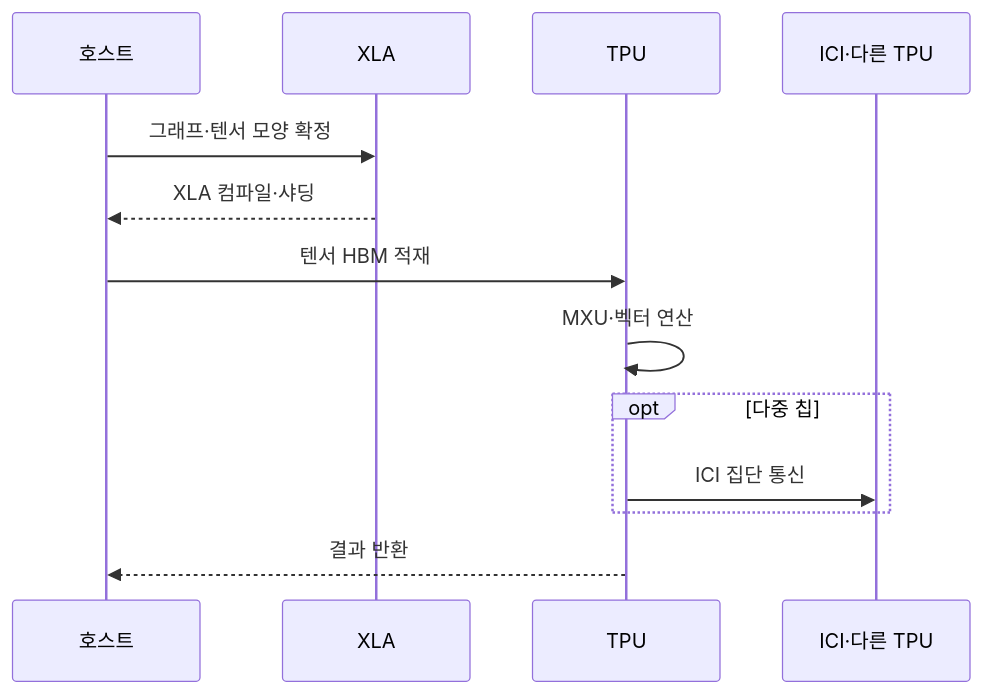
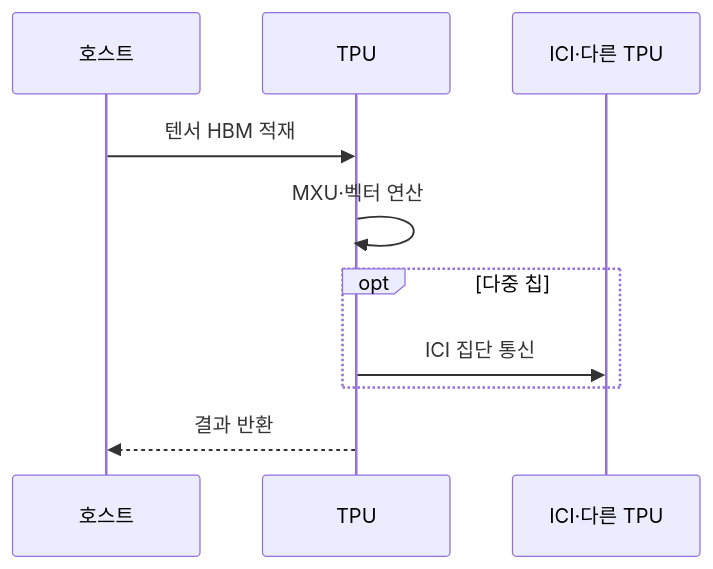
Before and after one commit to agnusdei1207/knowledge-base: the second of 2 diagrams in src/content/docs/notes/02-hardware/043_tensor_processing_unit.md, drawn with Mermaid. The commit also changed other lines of this file and 17 other files, not shown here.

````diff
--- a/src/content/docs/notes/02-hardware/043_tensor_processing_unit.md
+++ b/src/content/docs/notes/02-hardware/043_tensor_processing_unit.md
@@ -89,15 +89,12 @@
 ```mermaid
 sequenceDiagram
     participant H as 호스트
-    participant X as XLA
     participant T as TPU
     participant I as ICI·다른 TPU
-    H->>X: 그래프·텐서 모양 확정
-    X-->>H: XLA 컴파일·샤딩
     H->>T: 텐서 HBM 적재
     T->>T: MXU·벡터 연산
     opt 다중 칩
         T->>I: ICI 집단 통신
     end
     T-->>H: 결과 반환
 ```
````
